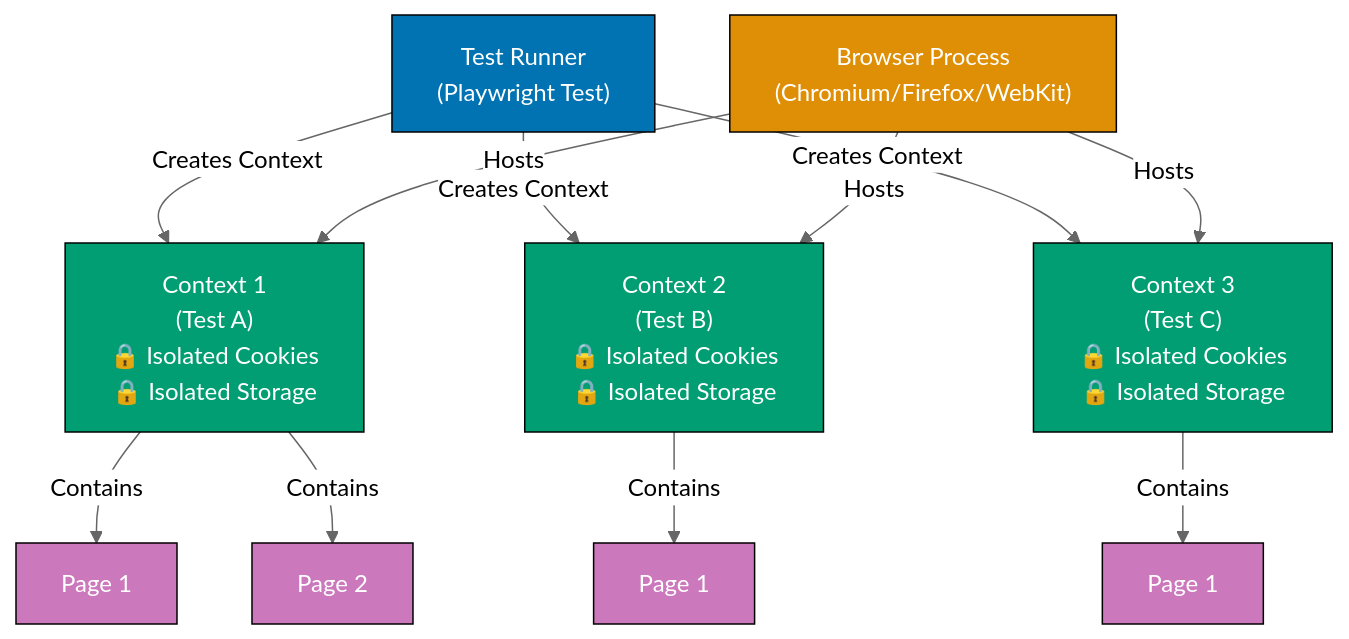
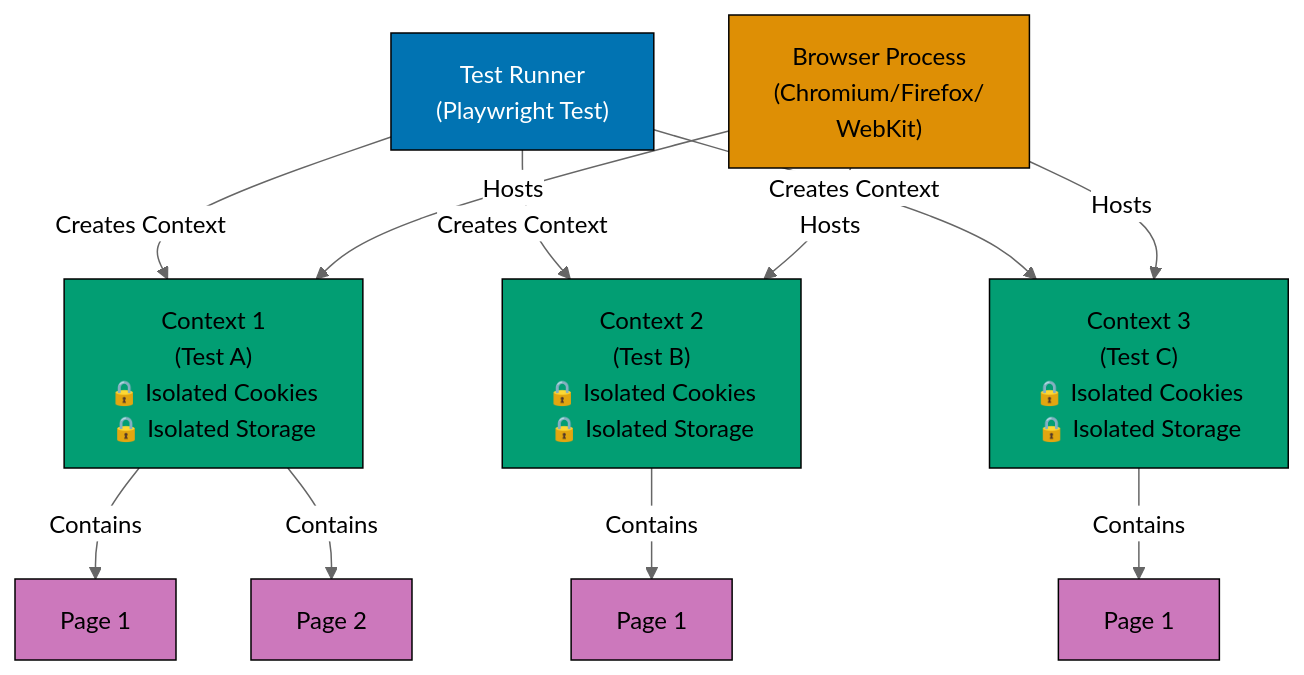
Before and after one commit to wahidyankf/ose-public: the diagram in apps/ayokoding-www/content/en/learn/legacy/software-engineering/automation-testing/tools/playwright/in-the-field/test-isolation.md, drawn with Mermaid (neutral theme). The commit also changed 131 other files, not shown here.

First line of the commit message:
fix(mermaid): bring the legacy data, infrastructure, and testing diagrams onto the accessible palette

````diff
--- a/apps/ayokoding-www/content/en/learn/legacy/software-engineering/automation-testing/tools/playwright/in-the-field/test-isolation.md
+++ b/apps/ayokoding-www/content/en/learn/legacy/software-engineering/automation-testing/tools/playwright/in-the-field/test-isolation.md
@@ -409,33 +409,40 @@
 ```mermaid
 flowchart TB
+    accTitle: Test Isolation Architecture
+    accDescr: Flowchart with 9 nodes and 10 connections. Nodes: Test Runner (Playwright Test), Browser Process (Chromium/Firefox/ WebKit), Context 1 (Test A) 🔒 Isolated Cookies 🔒 Isolated Storage, Context 2 (Test B) 🔒 Isolated Cookies 🔒 Isolated Storage, Context 3 (Test C) 🔒 Isolated Cookies 🔒 Isolated Storage, Page 1, Page 2, Page 1, Page 1. Connections: Test Runner (Playwright Test) to Context 1 (Test A) 🔒 Isolated Cookies 🔒 Isolated Storage (Creates Context), Test Runner (Playwright Test) to Context 2 (Test B) 🔒 Isolated Cookies 🔒 Isolated Storage (Creates Context), Test Runner (Playwright Test) to Context 3 (Test C) 🔒 Isolated Cookies 🔒 Isolated Storage (Creates Context), Browser Process (Chromium/Firefox/ WebKit) to Context 1 (Test A) 🔒 Isolated Cookies 🔒 Isolated Storage (Hosts), Browser Process (Chromium/Firefox/ WebKit) to Context 2 (Test B) 🔒 Isolated Cookies 🔒 Isolated Storage (Hosts), Browser Process (Chromium/Firefox/ WebKit) to Context 3 (Test C) 🔒 Isolated Cookies 🔒 Isolated Storage (Hosts), Context 1 (Test A) 🔒 Isolated Cookies 🔒 Isolated Storage to Page 1 (Contains), Context 1 (Test A) 🔒 Isolated Cookies 🔒 Isolated Storage to Page 2 (Contains), Context 2 (Test B) 🔒 Isolated Cookies 🔒 Isolated Storage to Page 1 (Contains), Context 3 (Test C) 🔒 Isolated Cookies 🔒 Isolated Storage to Page 1 (Contains).
     TestRunner["Test Runner<br/>(Playwright Test)"]
-    Browser["Browser Process<br/>(Chromium/Firefox/WebKit)"]
+    Browser["Browser Process<br/>(Chromium/Firefox/<br/>WebKit)"]
     Context1["Context 1<br/>(Test A)<br/>🔒 Isolated Cookies<br/>🔒 Isolated Storage"]
     Context2["Context 2<br/>(Test B)<br/>🔒 Isolated Cookies<br/>🔒 Isolated Storage"]
     Context3["Context 3<br/>(Test C)<br/>🔒 Isolated Cookies<br/>🔒 Isolated Storage"]
     Page1A["Page 1"]
     Page1B["Page 2"]
     Page2["Page 1"]
     Page3["Page 1"]
 
     TestRunner -->|"Creates Context"| Context1
     TestRunner -->|"Creates Context"| Context2
     TestRunner -->|"Creates Context"| Context3
     Browser -->|"Hosts"| Context1
     Browser -->|"Hosts"| Context2
     Browser -->|"Hosts"| Context3
     Context1 -->|"Contains"| Page1A
     Context1 -->|"Contains"| Page1B
     Context2 -->|"Contains"| Page2
     Context3 -->|"Contains"| Page3
 
-    style TestRunner fill:#0173B2,stroke:#000,color:#fff
-    style Browser fill:#DE8F05,stroke:#000,color:#fff
-    style Context1 fill:#029E73,stroke:#000,color:#fff
-    style Context2 fill:#029E73,stroke:#000,color:#fff
-    style Context3 fill:#029E73,stroke:#000,color:#fff
-    style Page1A fill:#CC78BC,stroke:#000,color:#fff
-    style Page1B fill:#CC78BC,stroke:#000,color:#fff
-    style Page2 fill:#CC78BC,stroke:#000,color:#fff
-    style Page3 fill:#CC78BC,stroke:#000,color:#fff
+    classDef pal-0173B2 fill:#0173B2,stroke:#000000,color:#FFFFFF
+    class TestRunner pal-0173B2
+    classDef pal-DE8F05 fill:#DE8F05,stroke:#000000,color:#000000
+    class Browser pal-DE8F05
+    classDef pal-029E73 fill:#029E73,stroke:#000000,color:#000000
+    class Context1 pal-029E73
+    class Context2 pal-029E73
+    class Context3 pal-029E73
+    classDef pal-CC78BC fill:#CC78BC,stroke:#000000,color:#000000
+    class Page1A pal-CC78BC
+    class Page1B pal-CC78BC
+    class Page2 pal-CC78BC
+    class Page3 pal-CC78BC
+    classDef default fill:#FFFFFF,stroke:#000000,color:#000000
 ```
````
